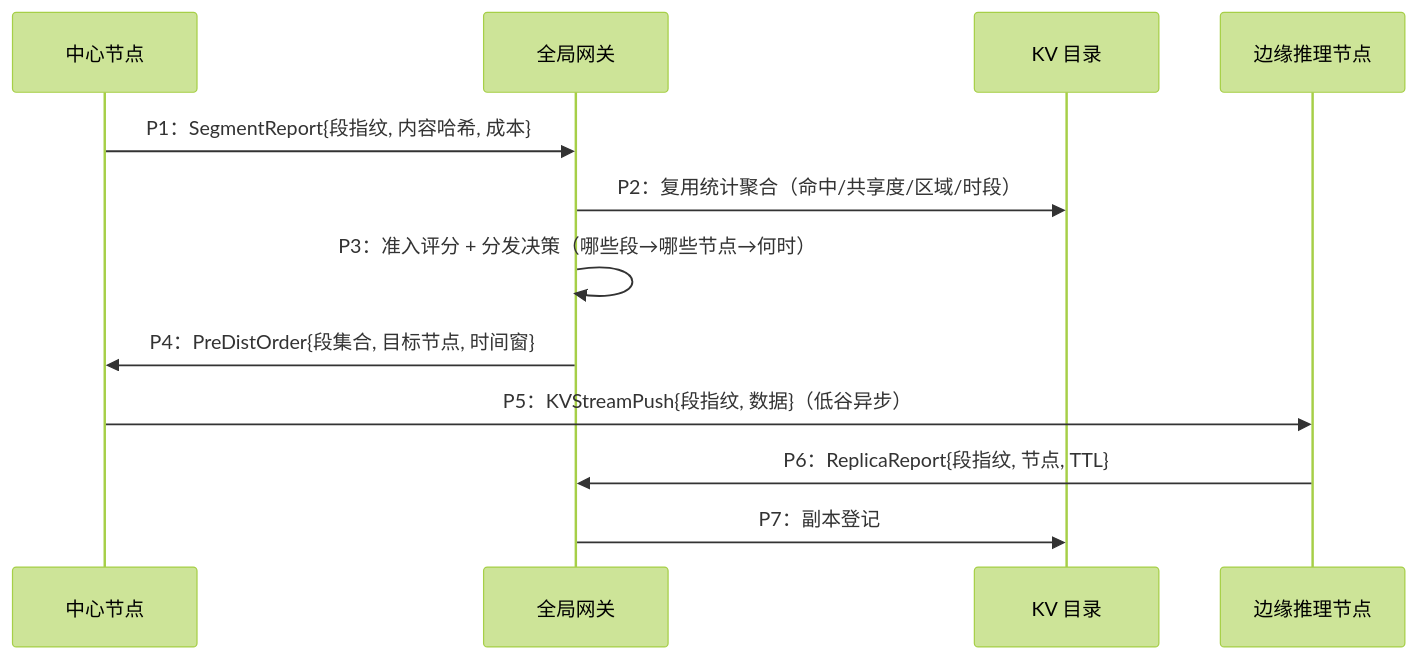
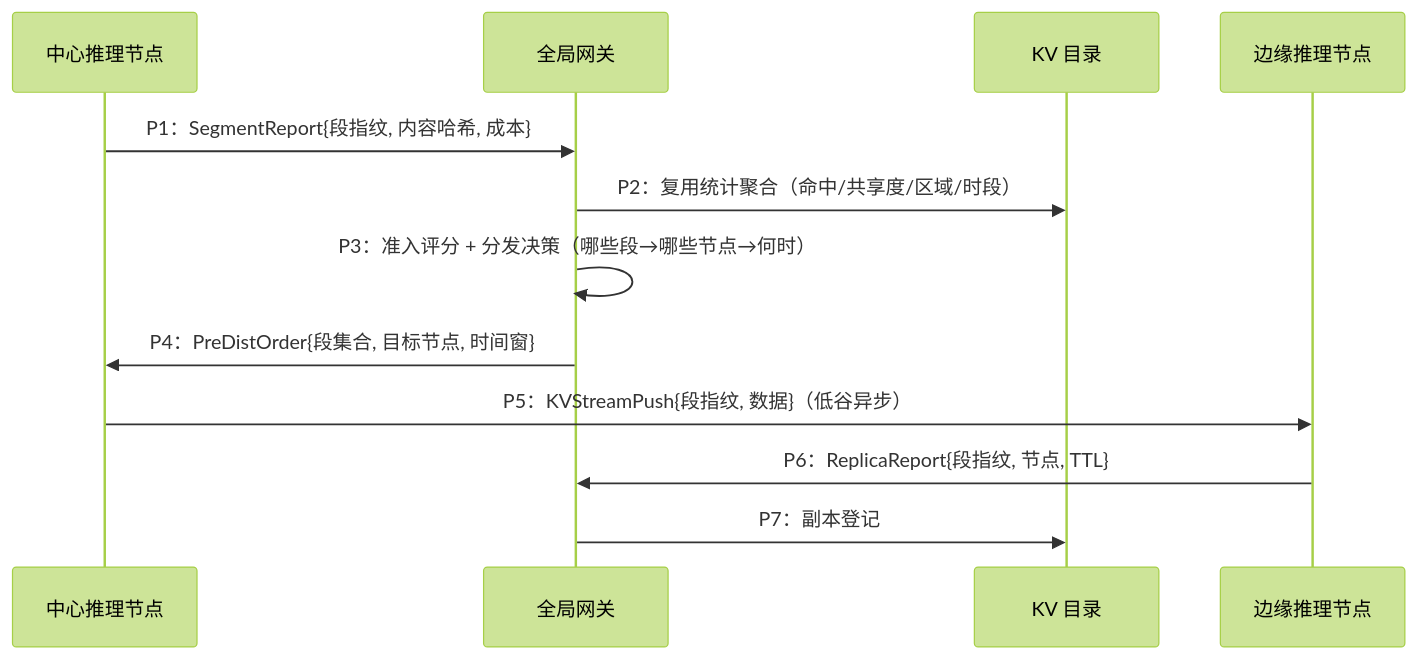
One commit to asml125-sketch/KVCacheCDNSolution changed the third of 4 diagrams in KV Cache CDN 解决方案-专利交底书.md. Above: the diagram before and after it, drawn with Mermaid (forest theme). The commit also changed other lines of this file and 1 other file, not shown here.

````diff
--- a/KV Cache CDN 解决方案-专利交底书.md
+++ b/KV Cache CDN 解决方案-专利交底书.md
@@ -133,14 +167,14 @@
 ```mermaid
 sequenceDiagram
-    participant CENTER as 中心节点
+    participant CENTER as 中心推理节点
     participant GW as 全局网关
     participant CAT as KV 目录
     participant E as 边缘推理节点
     CENTER->>GW: P1：SegmentReport{段指纹, 内容哈希, 成本}
     GW->>CAT: P2：复用统计聚合（命中/共享度/区域/时段）
     GW->>GW: P3：准入评分 + 分发决策（哪些段→哪些节点→何时）
     GW->>CENTER: P4：PreDistOrder{段集合, 目标节点, 时间窗}
     CENTER->>E: P5：KVStreamPush{段指纹, 数据}（低谷异步）
     E->>GW: P6：ReplicaReport{段指纹, 节点, TTL}
     GW->>CAT: P7：副本登记
 ```
````
